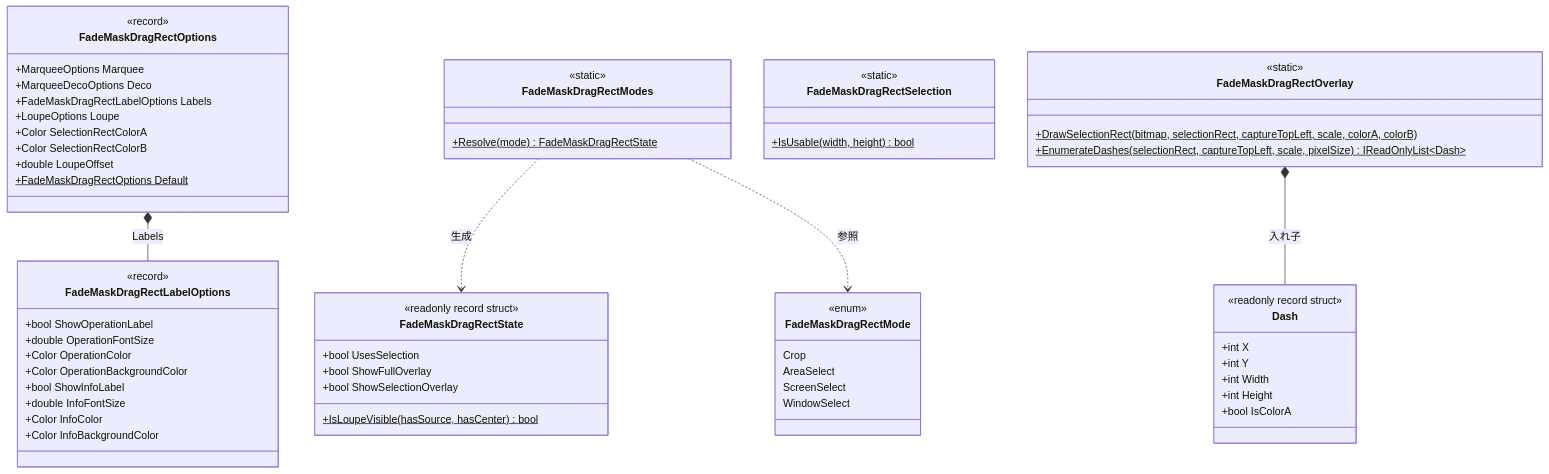
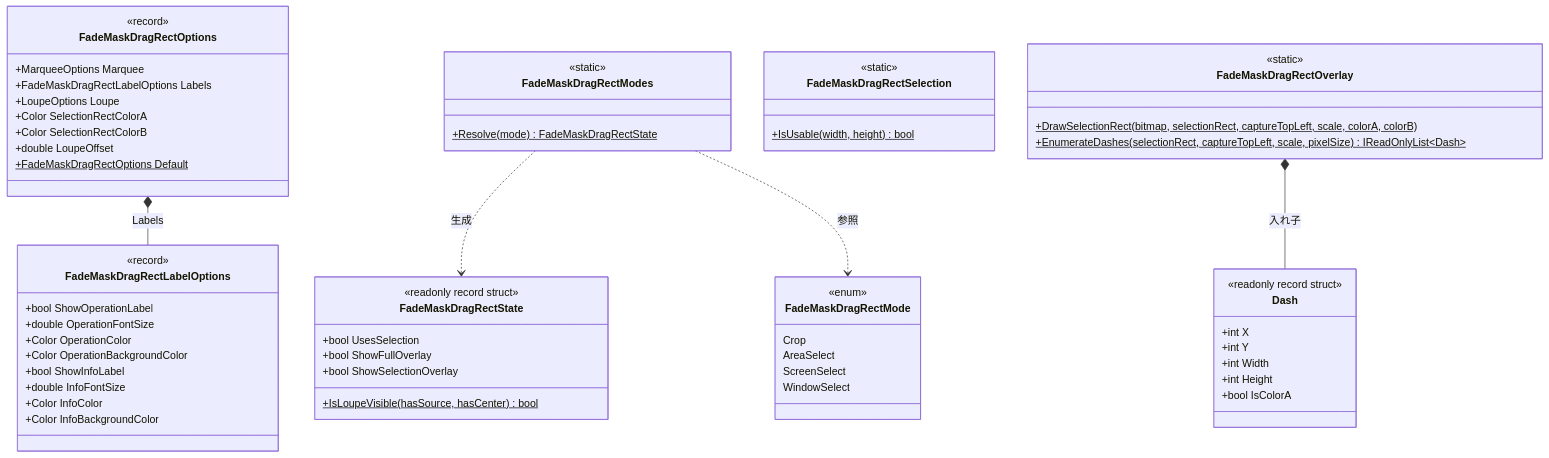
The second of 5 diagrams in src/FadeMaskDragRectControl.Core/SPEC_System.md (tomokuni/SaveEvidence), drawn with Mermaid before and after one commit. The commit also changed other lines of this file and 33 other files, not shown here.

````diff
--- a/src/FadeMaskDragRectControl.Core/SPEC_System.md
+++ b/src/FadeMaskDragRectControl.Core/SPEC_System.md
@@ -58,65 +58,65 @@
 ```mermaid
 classDiagram
   class FadeMaskDragRectMode {
     <<enum>>
     Crop
     AreaSelect
     ScreenSelect
     WindowSelect
   }
   class FadeMaskDragRectOptions {
     <<record>>
     +MarqueeOptions Marquee
-    +MarqueeDecoOptions Deco
+    
     +FadeMaskDragRectLabelOptions Labels
     +LoupeOptions Loupe
     +Color SelectionRectColorA
     +Color SelectionRectColorB
     +double LoupeOffset
     +FadeMaskDragRectOptions Default$
   }
   class FadeMaskDragRectLabelOptions {
     <<record>>
     +bool ShowOperationLabel
     +double OperationFontSize
     +Color OperationColor
     +Color OperationBackgroundColor
     +bool ShowInfoLabel
     +double InfoFontSize
     +Color InfoColor
     +Color InfoBackgroundColor
   }
   class FadeMaskDragRectState {
     <<readonly record struct>>
     +bool UsesSelection
     +bool ShowFullOverlay
     +bool ShowSelectionOverlay
     +IsLoupeVisible(hasSource, hasCenter)$ bool
   }
   class FadeMaskDragRectModes {
     <<static>>
     +Resolve(mode)$ FadeMaskDragRectState
   }
   class FadeMaskDragRectSelection {
     <<static>>
     +IsUsable(width, height)$ bool
   }
   class FadeMaskDragRectOverlay {
     <<static>>
     +DrawSelectionRect(bitmap, selectionRect, captureTopLeft, scale, colorA, colorB)$
     +EnumerateDashes(selectionRect, captureTopLeft, scale, pixelSize)$ IReadOnlyList~Dash~
   }
   class Dash {
     <<readonly record struct>>
     +int X
     +int Y
     +int Width
     +int Height
     +bool IsColorA
   }
 
   FadeMaskDragRectOptions *-- FadeMaskDragRectLabelOptions : Labels
   FadeMaskDragRectModes ..> FadeMaskDragRectState : 生成
   FadeMaskDragRectModes ..> FadeMaskDragRectMode : 参照
   FadeMaskDragRectOverlay *-- Dash : 入れ子
 ```
````
